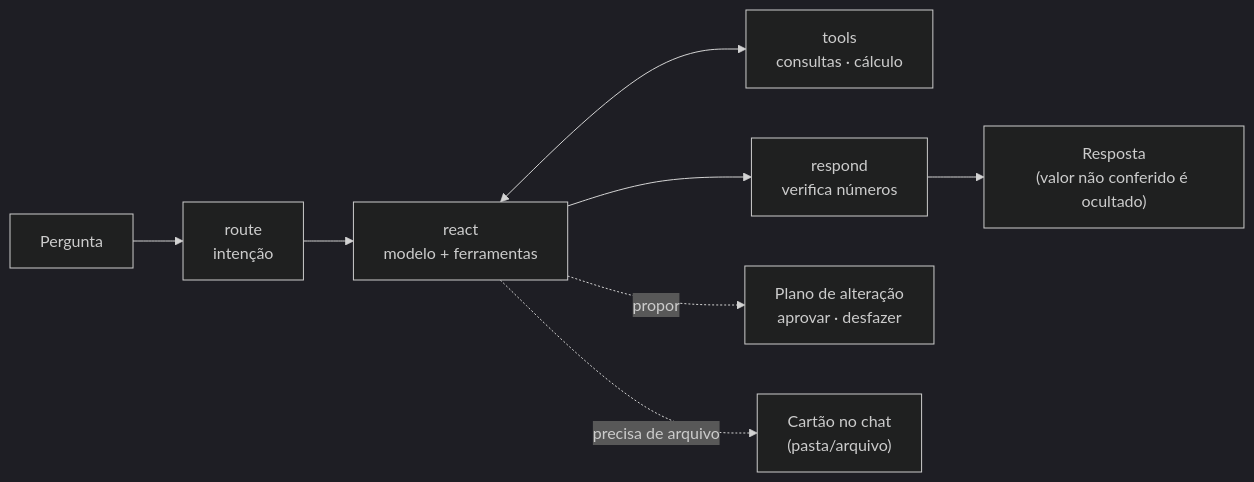
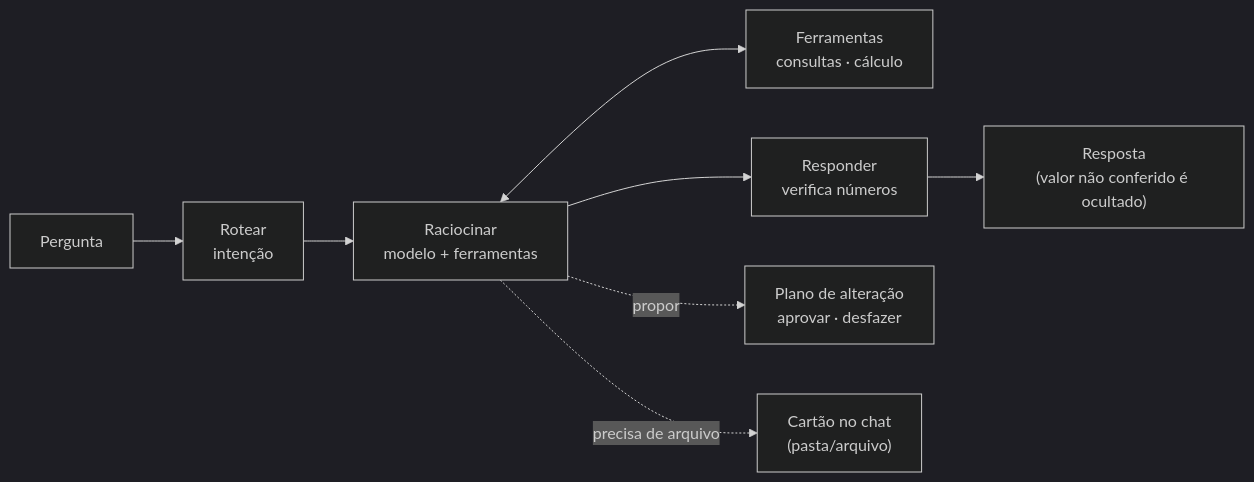
Before and after one commit to maumenvi/assistente-fin: the first of 5 diagrams in README.md, drawn with Mermaid (dark theme).

Commit message:
docs: rotulos do diagrama do agente em portugues (Rotear, Raciocinar, Ferramentas, Responder)

````diff
--- a/README.md
+++ b/README.md
@@ -33,10 +33,10 @@
 ```mermaid
 flowchart LR
-  U["Pergunta"] --> R["route<br/>intenção"]
-  R --> RE["react<br/>modelo + ferramentas"]
-  RE <--> T["tools<br/>consultas · cálculo"]
-  RE --> A["respond<br/>verifica números"]
+  U["Pergunta"] --> R["Rotear<br/>intenção"]
+  R --> RE["Raciocinar<br/>modelo + ferramentas"]
+  RE <--> T["Ferramentas<br/>consultas · cálculo"]
+  RE --> A["Responder<br/>verifica números"]
   A --> M["Resposta<br/>(valor não conferido é ocultado)"]
   RE -. propor .-> P["Plano de alteração<br/>aprovar · desfazer"]
   RE -. precisa de arquivo .-> F["Cartão no chat<br/>(pasta/arquivo)"]
 ```
````
